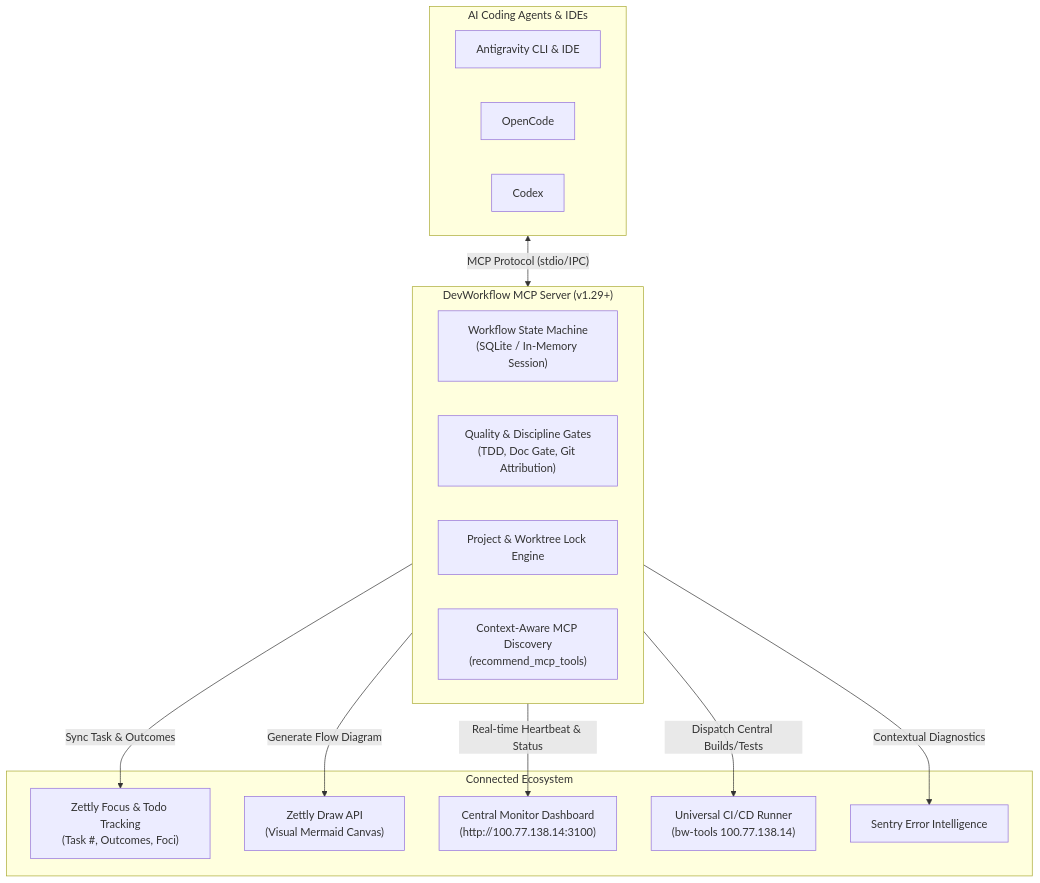
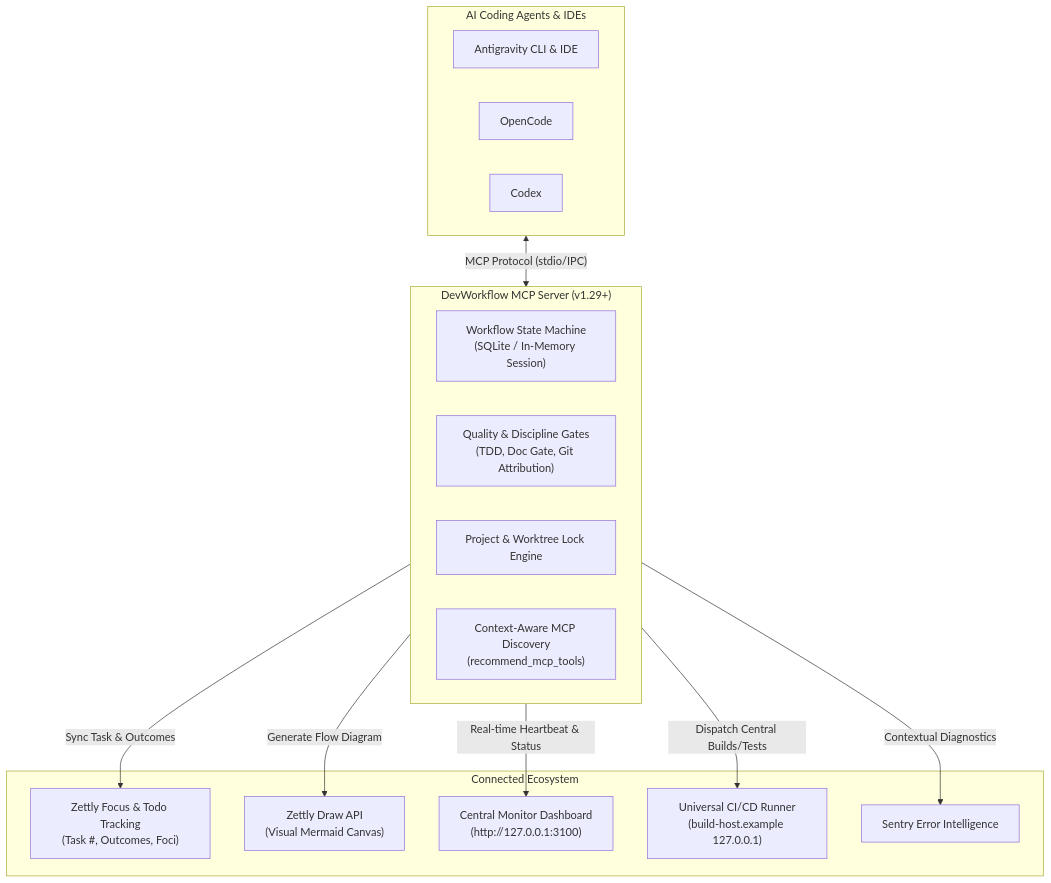
Before and after one commit to programinglive/dev-workflow: the second of 4 diagrams in README.md, drawn with Mermaid. The commit also changed other lines of this file and 115 other files, not shown here.

````diff
--- a/README.md
+++ b/README.md
@@ -89,30 +89,30 @@
 ```mermaid
 flowchart TD
     subgraph Clients["AI Coding Agents & IDEs"]
         AGY["Antigravity CLI & IDE"]
         OC["OpenCode"]
         CDX["Codex"]
     end
 
     subgraph Core["DevWorkflow MCP Server (v1.29+)"]
         Engine["Workflow State Machine<br/>(SQLite / In-Memory Session)"]
         Guard["Quality & Discipline Gates<br/>(TDD, Doc Gate, Git Attribution)"]
         Lock["Project & Worktree Lock Engine"]
         Index["Context-Aware MCP Discovery<br/>(recommend_mcp_tools)"]
     end
 
     subgraph Integrations["Connected Ecosystem"]
         Zettly["Zettly Focus & Todo Tracking<br/>(Task #, Outcomes, Foci)"]
         Draw["Zettly Draw API<br/>(Visual Mermaid Canvas)"]
-        Monitor["Central Monitor Dashboard<br/>(http://100.77.138.14:3100)"]
-        Runner["Universal CI/CD Runner<br/>(bw-tools 100.77.138.14)"]
+        Monitor["Central Monitor Dashboard<br/>(http://127.0.0.1:3100)"]
+        Runner["Universal CI/CD Runner<br/>(build-host.example 127.0.0.1)"]
         Sentry["Sentry Error Intelligence"]
     end
 
     Clients <-->|"MCP Protocol (stdio/IPC)"| Core
     Core -->|"Sync Task & Outcomes"| Zettly
     Core -->|"Generate Flow Diagram"| Draw
     Core -->|"Real-time Heartbeat & Status"| Monitor
     Core -->|"Dispatch Central Builds/Tests"| Runner
     Core -->|"Contextual Diagnostics"| Sentry
 ```
````
